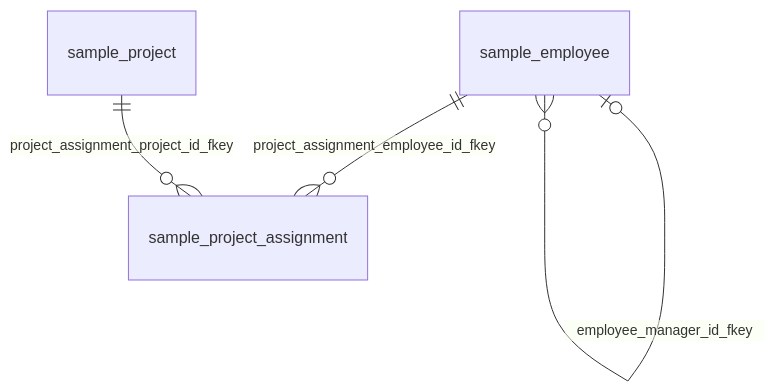
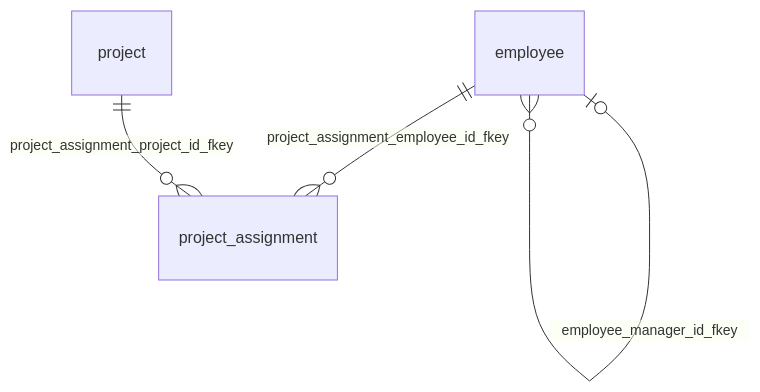
Before and after one commit to ebichan88/exportTableDefinition: the diagram in docs/sample/postgres/output/testdb/viewpoint_testdb_project.md, drawn with Mermaid. The commit also changed other lines of this file and 46 other files, not shown here.

First line of the commit message:
ER図のエンティティ表示ラベルをMermaidの別名構文でテーブル名のみに簡素化

````diff
--- a/docs/sample/postgres/output/testdb/viewpoint_testdb_project.md
+++ b/docs/sample/postgres/output/testdb/viewpoint_testdb_project.md
@@ -15,6 +15,9 @@
 ```mermaid
 erDiagram
+    sample_employee["employee"]
+    sample_project["project"]
+    sample_project_assignment["project_assignment"]
     sample_employee |o--o{ sample_employee : "employee_manager_id_fkey"
     sample_employee ||--o{ sample_project_assignment : "project_assignment_employee_id_fkey"
     sample_project ||--o{ sample_project_assignment : "project_assignment_project_id_fkey"
 ```
````
